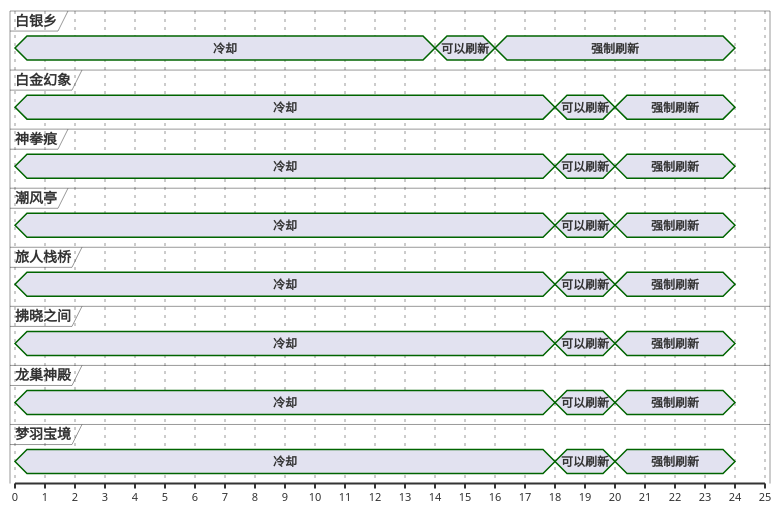
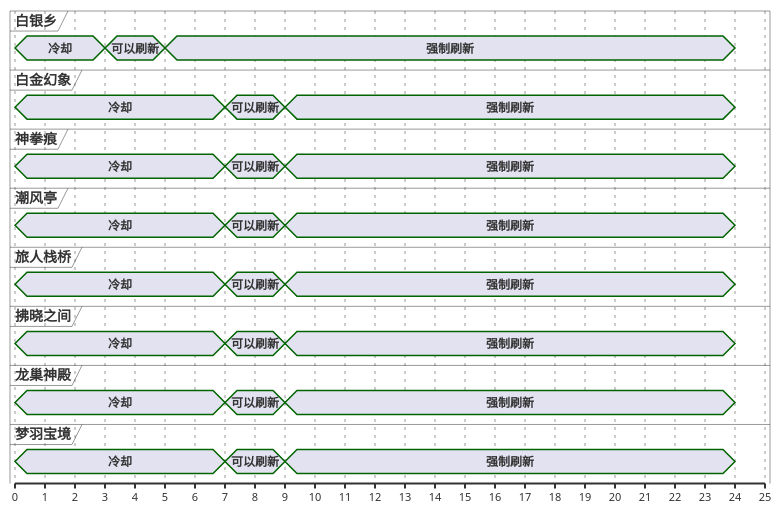
Before and after one commit to Eroleice/doc-pi: the second of 13 diagrams in ffxiv/hunt/2.0/Mindflayer.md, drawn with PlantUML. The commit also changed other lines of this file and 38 other files, not shown here.

````diff
--- a/ffxiv/hunt/2.0/Mindflayer.md
+++ b/ffxiv/hunt/2.0/Mindflayer.md
@@ -99,63 +99,63 @@
 ```plantuml
 @startuml
 scale 1 as 30 pixels
 
 concise 白银乡
 concise 白金幻象
 concise 神拳痕
 concise 潮风亭
 concise 旅人栈桥
 concise 拂晓之间
 concise 龙巢神殿
 concise 梦羽宝境
 
 @白银乡
 0 is 冷却
-14 is 可以刷新
-16 is 强制刷新
+3 is 可以刷新
+5 is 强制刷新
 24 is {hidden}
 
 @龙巢神殿
 0 is 冷却
-18 is 可以刷新
-20 is 强制刷新
+7 is 可以刷新
+9 is 强制刷新
 24 is {hidden}
 
 @梦羽宝境
 0 is 冷却
-18 is 可以刷新
-20 is 强制刷新
+7 is 可以刷新
+9 is 强制刷新
 24 is {hidden}
 
 @拂晓之间
 0 is 冷却
-18 is 可以刷新
-20 is 强制刷新
+7 is 可以刷新
+9 is 强制刷新
 24 is {hidden}
 
 @白金幻象
 0 is 冷却
-18 is 可以刷新
-20 is 强制刷新
+7 is 可以刷新
+9 is 强制刷新
 24 is {hidden}
 
 @旅人栈桥
 0 is 冷却
-18 is 可以刷新
-20 is 强制刷新
+7 is 可以刷新
+9 is 强制刷新
 24 is {hidden}
 
 @潮风亭
 0 is 冷却
-18 is 可以刷新
-20 is 强制刷新
+7 is 可以刷新
+9 is 强制刷新
 24 is {hidden}
 
 @神拳痕
 0 is 冷却
-18 is 可以刷新
-20 is 强制刷新
+7 is 可以刷新
+9 is 强制刷新
 24 is {hidden}
 
 @enduml
 ```
````
